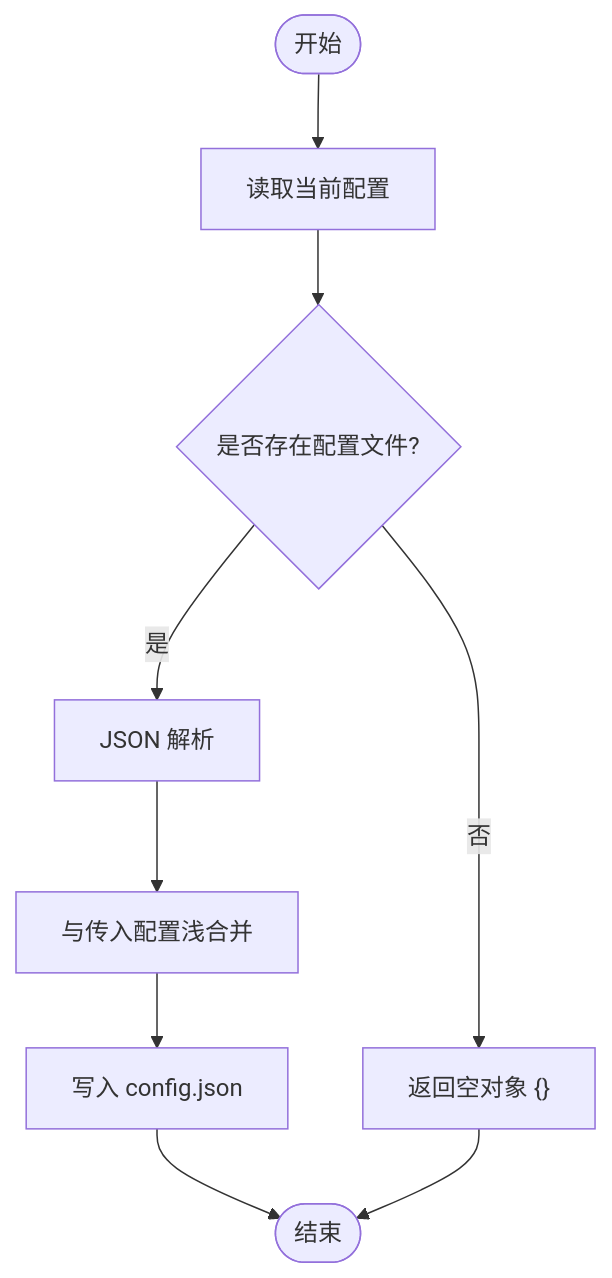
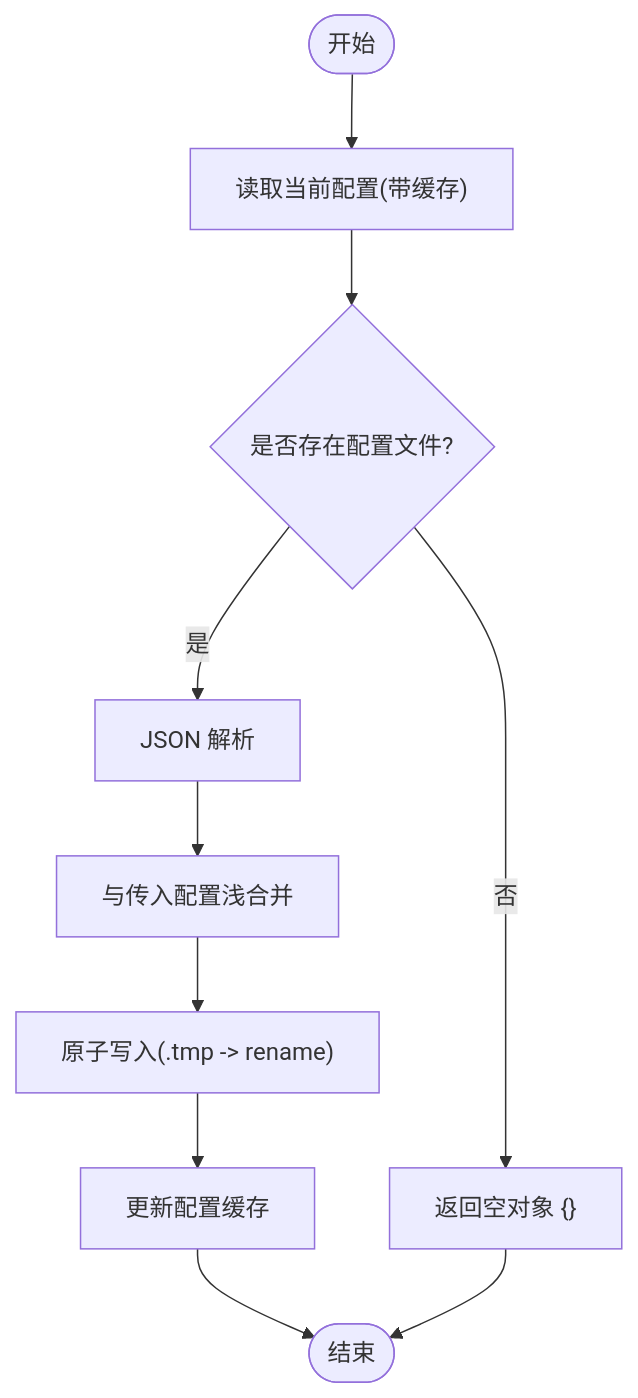
The third of 4 diagrams in .qoder/repowiki/zh/content/架构设计/主进程架构/配置管理系统.md (HoarfrostKimi/Video-Merger), drawn with Mermaid before and after one commit. The commit also changed other lines of this file and 43 other files, not shown here.

````diff
--- a/.qoder/repowiki/zh/content/架构设计/主进程架构/配置管理系统.md
+++ b/.qoder/repowiki/zh/content/架构设计/主进程架构/配置管理系统.md
@@ -158,11 +248,12 @@
 ```mermaid
 flowchart TD
-Start(["开始"]) --> LoadCurrent["读取当前配置"]
+Start(["开始"]) --> LoadCurrent["读取当前配置(带缓存)"]
 LoadCurrent --> Exists{"是否存在配置文件?"}
 Exists -- "是" --> Parse["JSON 解析"]
 Exists -- "否" --> ReturnEmpty["返回空对象 {}"]
 Parse --> Merge["与传入配置浅合并"]
-Merge --> Write["写入 config.json"]
-Write --> End(["结束"])
+Merge --> AtomicWrite["原子写入(.tmp -> rename)"]
+AtomicWrite --> UpdateCache["更新配置缓存"]
+UpdateCache --> End(["结束"])
 ReturnEmpty --> End
 ```
````
